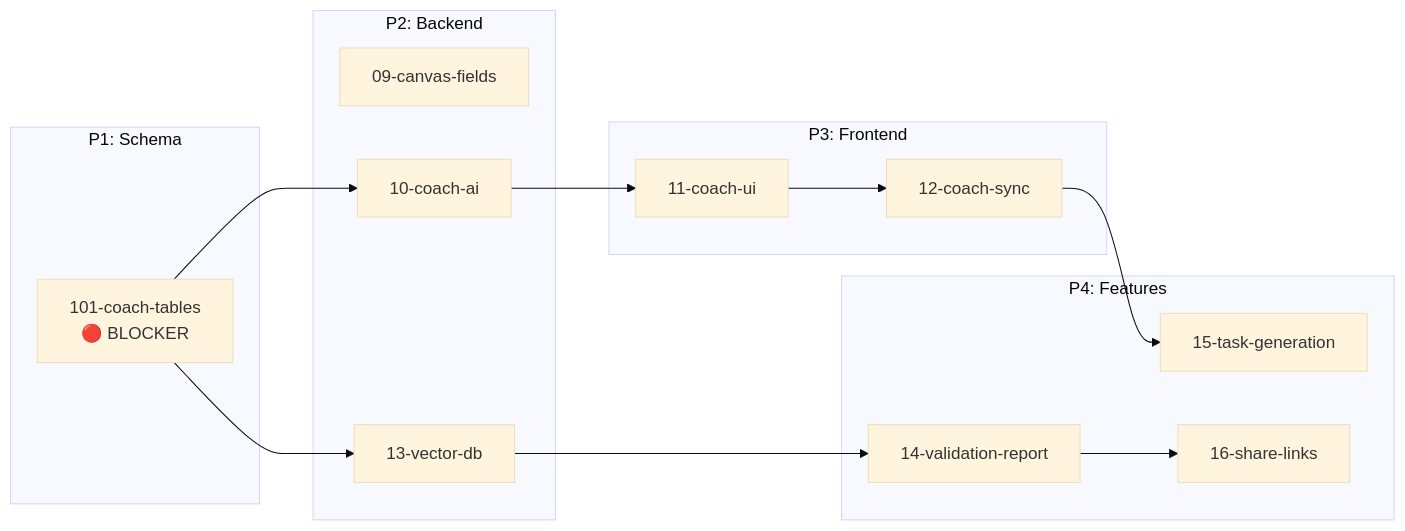
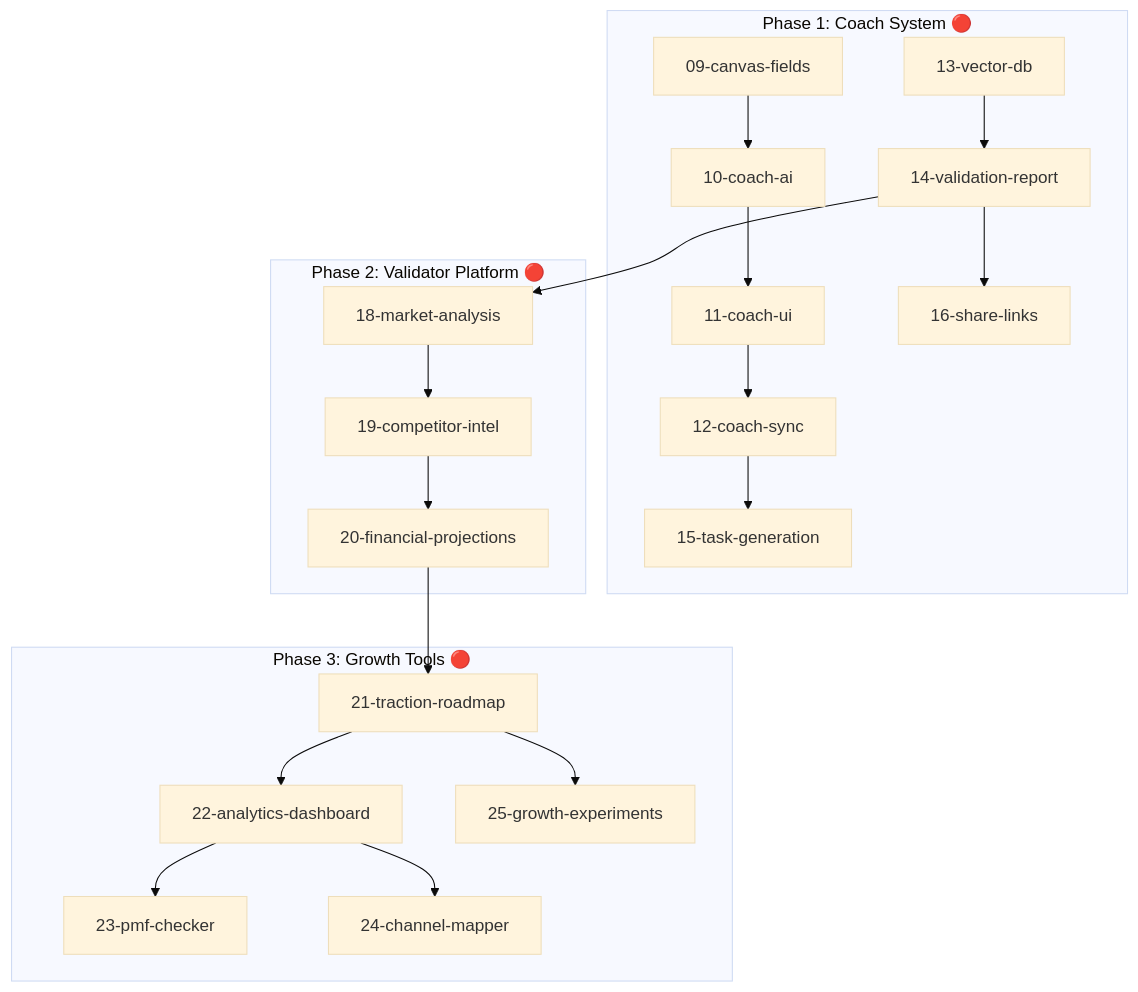
Before and after one commit to amo-tech-ai/rocket-path-ai: the first of 2 diagrams in docs/tasks/README.md, drawn with Mermaid (base theme). The commit also changed other lines of this file and 10 other files, not shown here.

````diff
--- a/docs/tasks/README.md
+++ b/docs/tasks/README.md
@@ -44,31 +73,42 @@
 ```mermaid
-flowchart LR
-    subgraph Phase1["P1: Schema"]
-        T101["101-coach-tables<br/>🔴 BLOCKER"]
-    end
-    
-    subgraph Phase2["P2: Backend"]
+flowchart TB
+    subgraph Phase1["Phase 1: Coach System 🔴"]
         T09["09-canvas-fields"]
         T10["10-coach-ai"]
-        T13["13-vector-db"]
-    end
-    
-    subgraph Phase3["P3: Frontend"]
         T11["11-coach-ui"]
         T12["12-coach-sync"]
-    end
-    
-    subgraph Phase4["P4: Features"]
+        T13["13-vector-db"]
         T14["14-validation-report"]
         T15["15-task-generation"]
         T16["16-share-links"]
     end
     
-    T101 --> T10
-    T101 --> T13
+    subgraph Phase2["Phase 2: Validator Platform 🔴"]
+        T18["18-market-analysis"]
+        T19["19-competitor-intel"]
+        T20["20-financial-projections"]
+    end
+    
+    subgraph Phase3["Phase 3: Growth Tools 🔴"]
+        T21["21-traction-roadmap"]
+        T22["22-analytics-dashboard"]
+        T23["23-pmf-checker"]
+        T24["24-channel-mapper"]
+        T25["25-growth-experiments"]
+    end
+    
+    T09 --> T10
     T10 --> T11
     T11 --> T12
     T13 --> T14
     T12 --> T15
     T14 --> T16
+    T14 --> T18
+    T18 --> T19
+    T19 --> T20
+    T20 --> T21
+    T21 --> T22
+    T22 --> T23
+    T22 --> T24
+    T21 --> T25
 ```
````
